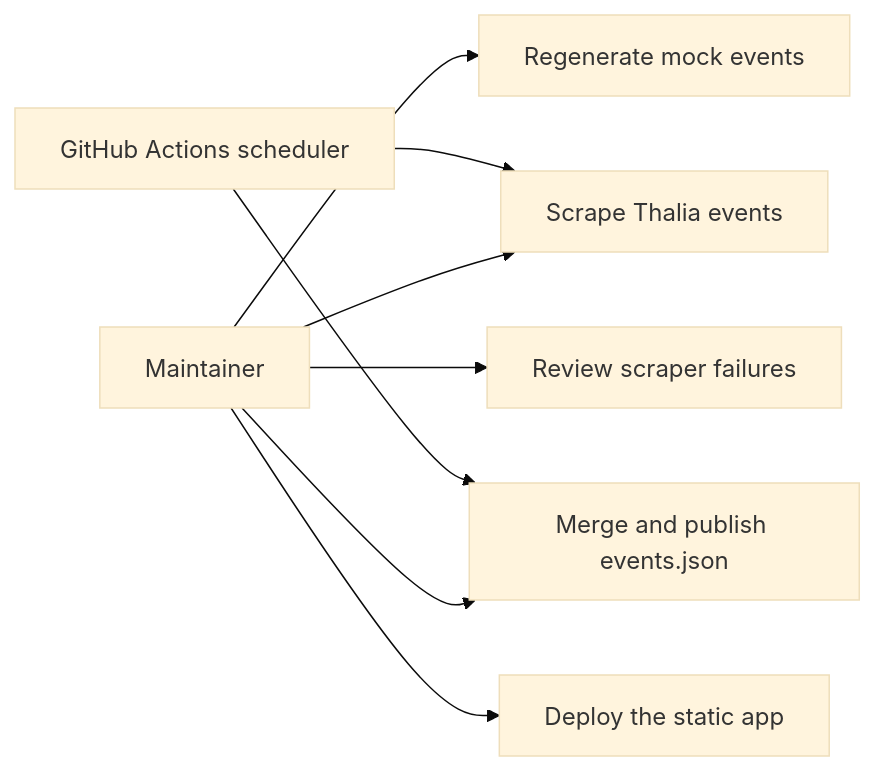
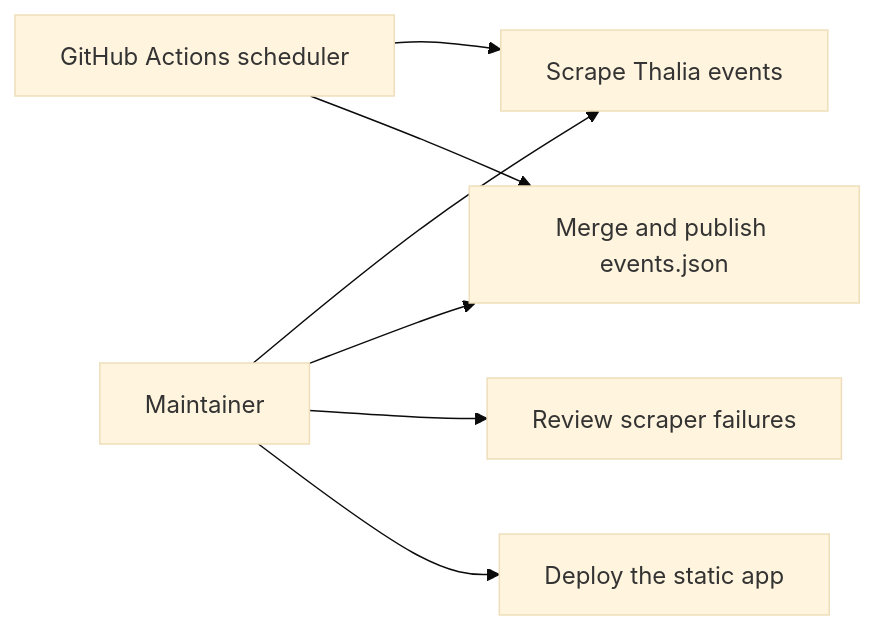
One commit to JohannesRabauer/lesungen-deutschland changed the third of 3 diagrams in docs/specification.md. Above: the diagram before and after it, drawn with Mermaid (base theme). The commit also changed other lines of this file and 6 other files, not shown here.

````diff
--- a/docs/specification.md
+++ b/docs/specification.md
@@ -75,19 +75,17 @@
 ```mermaid
 flowchart LR
   Maintainer[Maintainer]
   Scheduler[GitHub Actions scheduler]
 
-  UC1[Regenerate mock events]
   UC2[Scrape Thalia events]
   UC3[Merge and publish events.json]
   UC4[Review scraper failures]
   UC5[Deploy the static app]
 
-  Maintainer --> UC1
   Maintainer --> UC2
   Maintainer --> UC3
   Maintainer --> UC4
   Maintainer --> UC5
   Scheduler --> UC2
   Scheduler --> UC3
 ```
````
